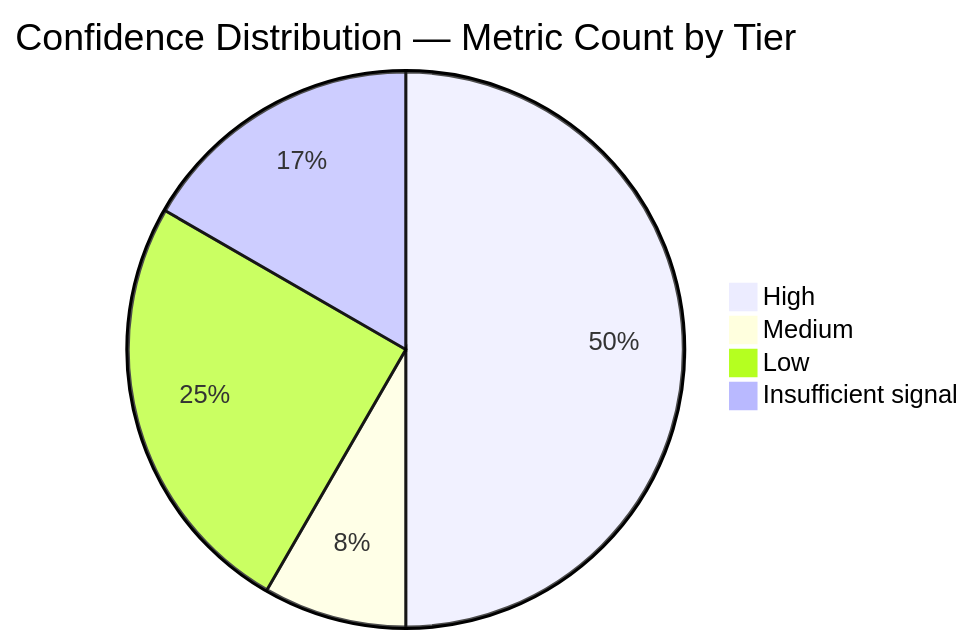
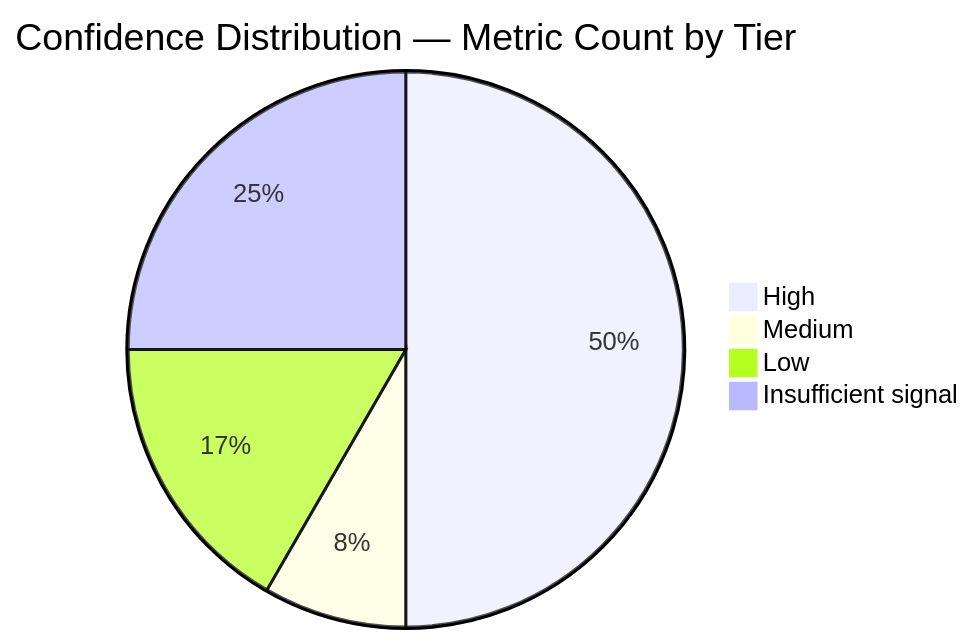
Before and after one commit to Blitzy-Sandbox/blitzy-cal: the diagram in blitzy/reports/acceleration/dashboard.md, drawn with Mermaid. The commit also changed other lines of this file and 22 other files, not shown here.

````diff
--- a/blitzy/reports/acceleration/dashboard.md
+++ b/blitzy/reports/acceleration/dashboard.md
@@ -38,7 +38,7 @@
 ```mermaid
 pie title Confidence Distribution — Metric Count by Tier
     "High" : 6
     "Medium" : 1
-    "Low" : 3
-    "Insufficient signal" : 2
+    "Low" : 2
+    "Insufficient signal" : 3
 ```
````
